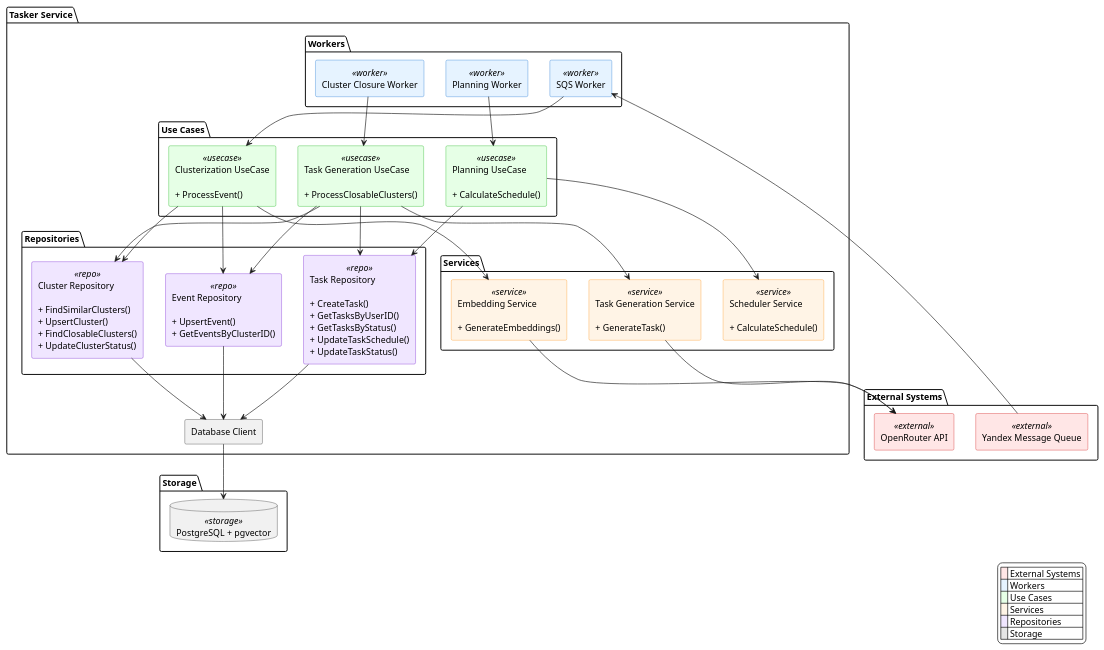
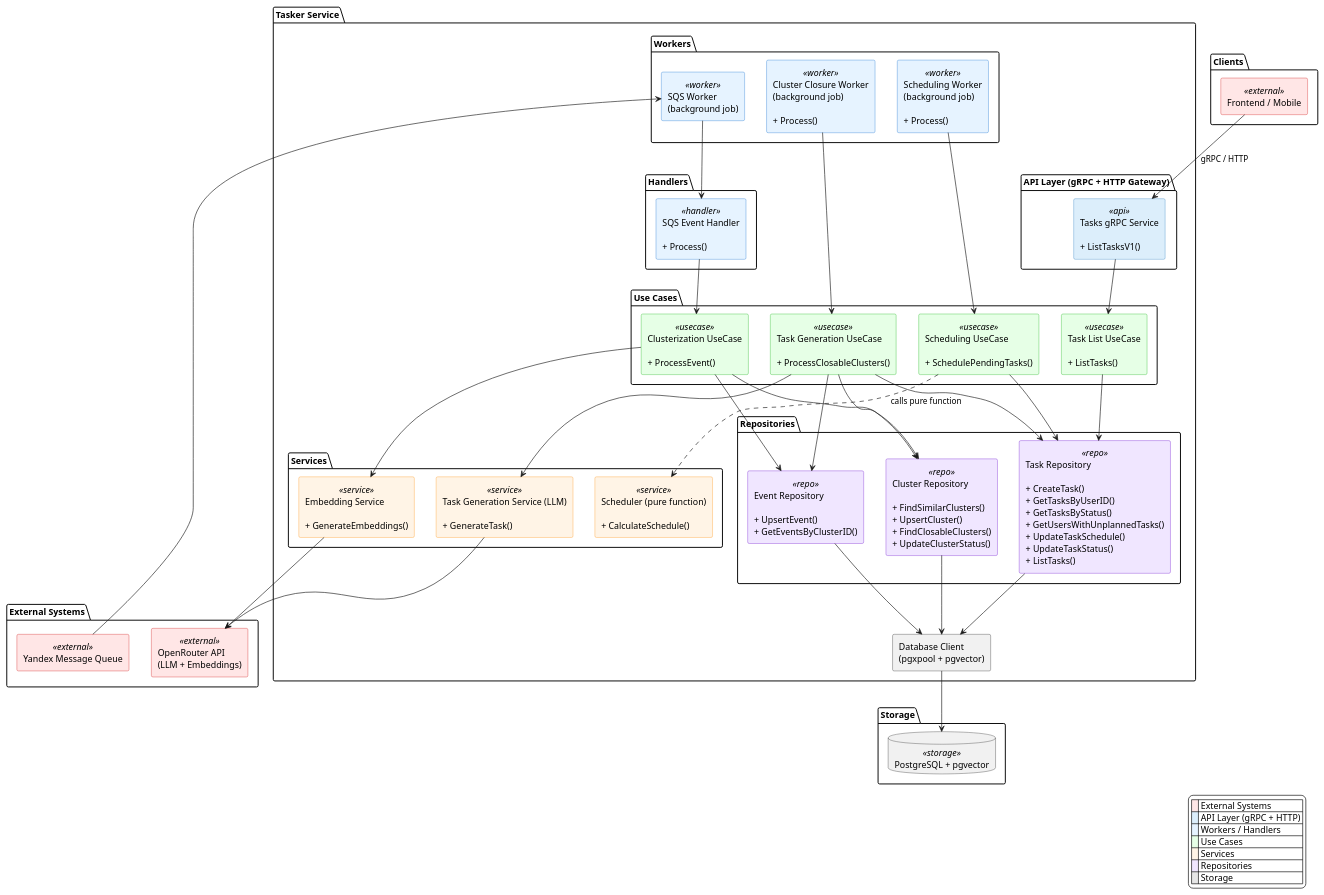
One commit to Doremi203/personage changed the diagram in backend/tasker/ARCHITECTURE.puml. Above: the diagram before and after it, drawn with PlantUML. The commit also changed 23 other files, not shown here.

Commit message:
[PERSONAGE-13] tasks frontend api

```diff
--- a/backend/tasker/ARCHITECTURE.puml
+++ b/backend/tasker/ARCHITECTURE.puml
@@ -1,106 +1,147 @@
 @startuml Tasker Service Architecture
 
 ' Styling
 skinparam componentStyle rectangle
 skinparam backgroundColor #FFFFFF
 skinparam component {
     BackgroundColor<<external>> #FFE6E6
     BorderColor<<external>> #CC0000
     BackgroundColor<<worker>> #E6F3FF
     BorderColor<<worker>> #0066CC
+    BackgroundColor<<handler>> #E6F3FF
+    BorderColor<<handler>> #0066CC
+    BackgroundColor<<api>> #DCEEFB
+    BorderColor<<api>> #2277BB
     BackgroundColor<<usecase>> #E6FFE6
     BorderColor<<usecase>> #00AA00
     BackgroundColor<<service>> #FFF4E6
     BorderColor<<service>> #FF8C00
     BackgroundColor<<repo>> #F0E6FF
     BorderColor<<repo>> #6600CC
     BackgroundColor<<storage>> #E6E6E6
     BorderColor<<storage>> #666666
 }
 
 ' External Systems
 package "External Systems" {
     component "Yandex Message Queue" as sqs <<external>>
-    component "OpenRouter API" as openrouter <<external>>
+    component "OpenRouter API\n(LLM + Embeddings)" as openrouter <<external>>
+}
+
+' Clients
+package "Clients" {
+    component "Frontend / Mobile" as clients <<external>>
 }
 
 ' Main Application
 package "Tasker Service" {
 
+    ' API Layer
+    package "API Layer (gRPC + HTTP Gateway)" {
+        component "Tasks gRPC Service\n\n+ ListTasksV1()" as grpc_tasks <<api>>
+    }
+
+    ' Handlers
+    package "Handlers" {
+        component "SQS Event Handler\n\n+ Process()" as sqs_handler <<handler>>
+    }
+
     ' Workers
     package "Workers" {
-        component "SQS Worker" as sqs_worker <<worker>>
-        component "Cluster Closure Worker" as closure_worker <<worker>>
-        component "Planning Worker" as planning_worker <<worker>>
+        component "SQS Worker\n(background job)" as sqs_worker <<worker>>
+        component "Cluster Closure Worker\n(background job)\n\n+ Process()" as closure_worker <<worker>>
+        component "Scheduling Worker\n(background job)\n\n+ Process()" as scheduling_worker <<worker>>
     }
 
     ' Use Cases
     package "Use Cases" {
         component "Clusterization UseCase\n\n+ ProcessEvent()" as clusterization_uc <<usecase>>
         component "Task Generation UseCase\n\n+ ProcessClosableClusters()" as taskgen_uc <<usecase>>
-        component "Planning UseCase\n\n+ CalculateSchedule()" as planning_uc <<usecase>>
+        component "Scheduling UseCase\n\n+ SchedulePendingTasks()" as scheduling_uc <<usecase>>
+        component "Task List UseCase\n\n+ ListTasks()" as tasklist_uc <<usecase>>
     }
 
     ' Services
     package "Services" {
         component "Embedding Service\n\n+ GenerateEmbeddings()" as embedding_service <<service>>
-        component "Task Generation Service\n\n+ GenerateTask()" as task_service <<service>>
-        component "Scheduler Service\n\n+ CalculateSchedule()" as scheduler_service <<service>>
+        component "Task Generation Service (LLM)\n\n+ GenerateTask()" as task_service <<service>>
+        component "Scheduler (pure function)\n\n+ CalculateSchedule()" as scheduler_service <<service>>
     }
 
     ' Repositories
     package "Repositories" {
         component "Event Repository\n\n+ UpsertEvent()\n+ GetEventsByClusterID()" as event_repo <<repo>>
         component "Cluster Repository\n\n+ FindSimilarClusters()\n+ UpsertCluster()\n+ FindClosableClusters()\n+ UpdateClusterStatus()" as cluster_repo <<repo>>
-        component "Task Repository\n\n+ CreateTask()\n+ GetTasksByUserID()\n+ GetTasksByStatus()\n+ UpdateTaskSchedule()\n+ UpdateTaskStatus()" as task_repo <<repo>>
+        component "Task Repository\n\n+ CreateTask()\n+ GetTasksByUserID()\n+ GetTasksByStatus()\n+ GetUsersWithUnplannedTasks()\n+ UpdateTaskSchedule()\n+ UpdateTaskStatus()\n+ ListTasks()" as task_repo <<repo>>
     }
 
     ' Infrastructure
-    component "Database Client" as db_client
+    component "Database Client\n(pgxpool + pgvector)" as db_client
 }
 
 ' Storage
 package "Storage" {
     database "PostgreSQL + pgvector" as postgres <<storage>>
 }
 
-' Connections
+' === Connections ===
+
+' Client connections
+clients --> grpc_tasks : gRPC / HTTP
+
+' API layer connections
+grpc_tasks --> tasklist_uc
+
+' SQS ingestion path
 sqs --> sqs_worker
-sqs_worker --> clusterization_uc
+sqs_worker --> sqs_handler
+sqs_handler --> clusterization_uc
 
+' Cluster closure path
 closure_worker --> taskgen_uc
 
-planning_worker --> planning_uc
+' Scheduling path
+scheduling_worker --> scheduling_uc
 
+' Clusterization use case dependencies
 clusterization_uc --> embedding_service
 clusterization_uc --> cluster_repo
 clusterization_uc --> event_repo
 
+' Embedding service external call
 embedding_service --> openrouter
 
+' Task generation use case dependencies
 taskgen_uc --> cluster_repo
 taskgen_uc --> event_repo
 taskgen_uc --> task_service
 taskgen_uc --> task_repo
 
+' Task generation service external call
 task_service --> openrouter
 
-planning_uc --> task_repo
-planning_uc --> scheduler_service
+' Scheduling use case dependencies
+scheduling_uc --> task_repo
+scheduling_uc ..> scheduler_service : calls pure function
 
+' Task list use case dependencies
+tasklist_uc --> task_repo
+
+' Repository to DB
 event_repo --> db_client
 cluster_repo --> db_client
 task_repo --> db_client
 
 db_client --> postgres
 
 legend right
   |<#FFE6E6>   | External Systems |
-  |<#E6F3FF>   | Workers |
+  |<#DCEEFB>   | API Layer (gRPC + HTTP) |
+  |<#E6F3FF>   | Workers / Handlers |
   |<#E6FFE6>   | Use Cases |
   |<#FFF4E6>   | Services |
   |<#F0E6FF>   | Repositories |
   |<#E6E6E6>   | Storage |
 endlegend
 
 @enduml
```
